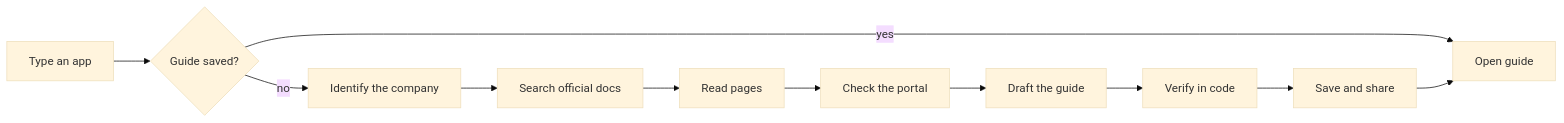
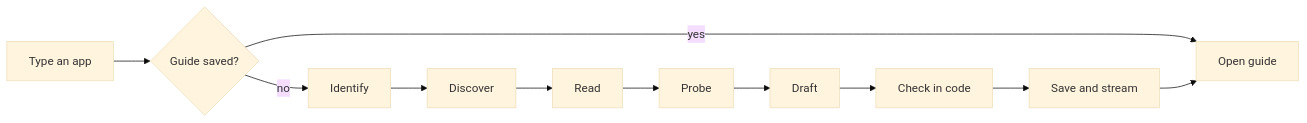
The diagram in README.md (GaneshEiGo/waypoint), drawn with Mermaid (base theme) before and after one commit. The commit also changed other lines of this file, not shown here.

````diff
--- a/README.md
+++ b/README.md
@@ -52,13 +57,13 @@
 ```mermaid
 flowchart LR
   A[Type an app] --> B{Guide saved?}
   B -- yes --> G[Open guide]
-  B -- no --> C[Identify the company]
-  C --> D[Search official docs]
-  D --> E[Read pages]
-  E --> F[Check the portal]
-  F --> H[Draft the guide]
-  H --> I[Verify in code]
-  I --> J[Save and share]
+  B -- no --> C[Identify]
+  C --> D[Discover]
+  D --> E[Read]
+  E --> F[Probe]
+  F --> H[Draft]
+  H --> I[Check in code]
+  I --> J[Save and stream]
   J --> G
 ```
````
